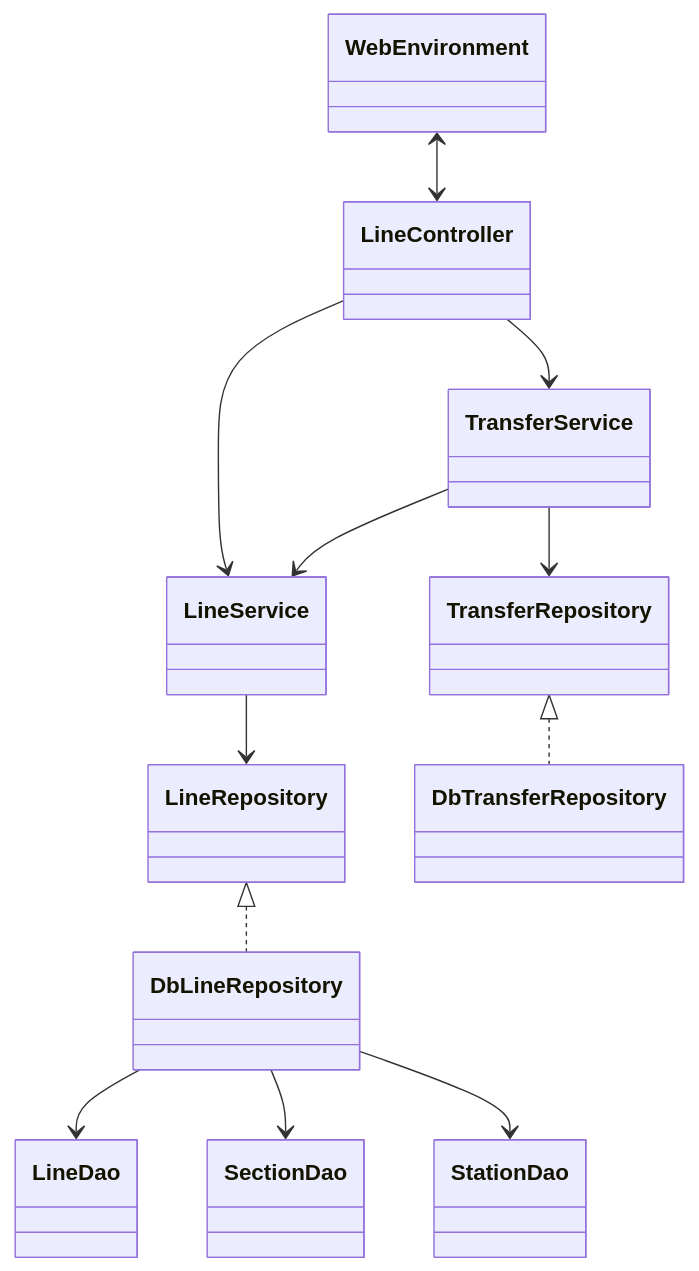
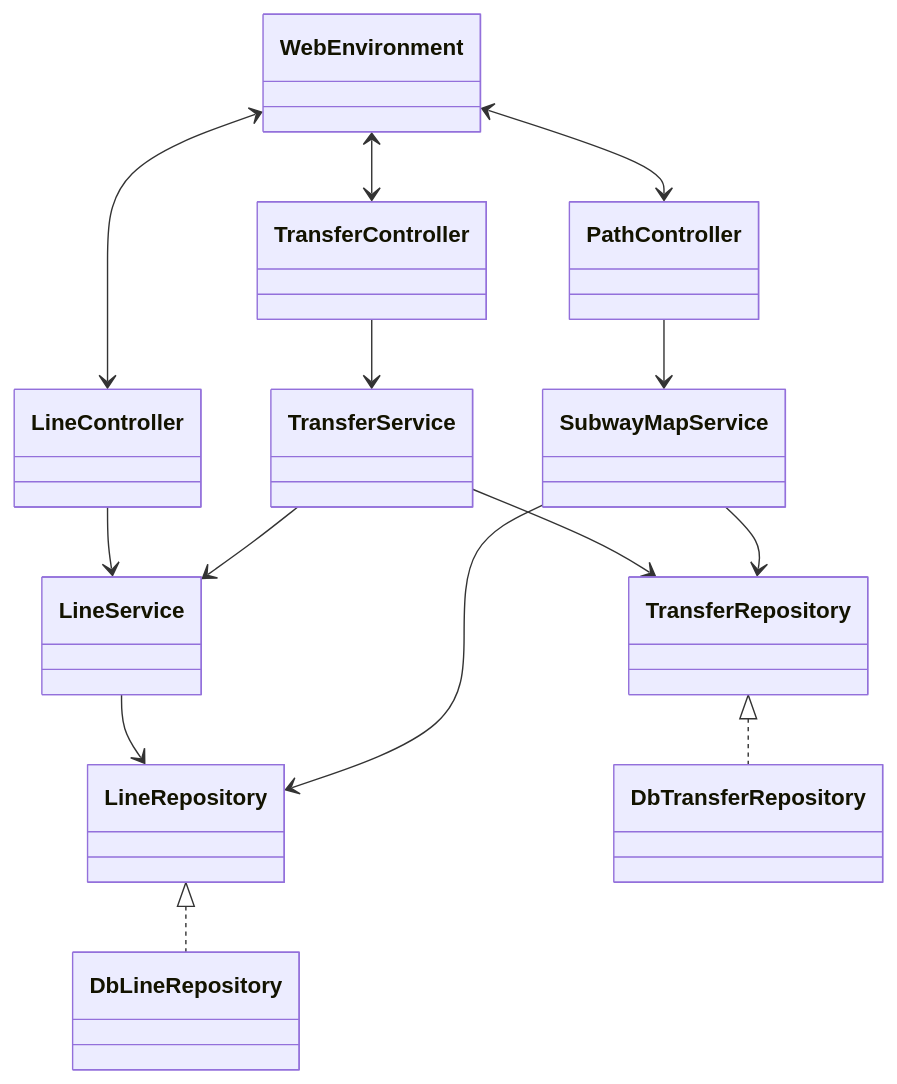
Before and after one commit to woowacourse/jwp-subway-path: the first of 3 diagrams in README.md, drawn with Mermaid. The commit also changed other lines of this file, not shown here.

Commit message:
docs: 클래스 다이어그램, ERD 수정

````diff
--- a/README.md
+++ b/README.md
@@ -13,15 +13,18 @@
 ```mermaid
 classDiagram
     WebEnvironment <--> LineController
     LineController --> LineService
     LineService --> LineRepository
     LineRepository <|.. DbLineRepository
-    DbLineRepository --> LineDao
-    DbLineRepository --> SectionDao
-    DbLineRepository --> StationDao
-    
-    LineController --> TransferService
+
+    WebEnvironment <--> TransferController
+    TransferController --> TransferService
     TransferService --> LineService
     TransferService  --> TransferRepository
     TransferRepository <|.. DbTransferRepository
+    
+    WebEnvironment <--> PathController
+    PathController --> SubwayMapService
+    SubwayMapService --> LineRepository
+    SubwayMapService  --> TransferRepository
 ```
````
